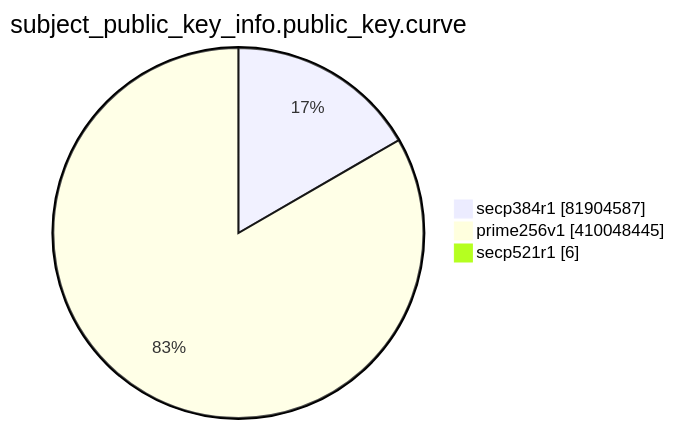
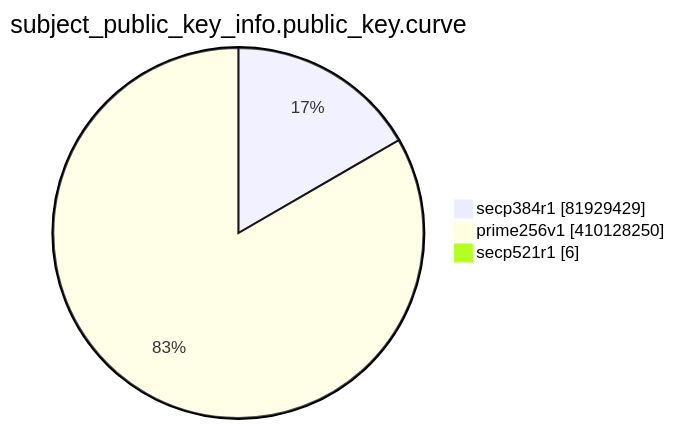
Before and after one commit to christiankrug/ctmonitor_visualization: the eighth of 15 diagrams in TOTAL/README.md, drawn with Mermaid. The commit also changed other lines of this file, not shown here.

````diff
--- a/TOTAL/README.md
+++ b/TOTAL/README.md
@@ -3096,7 +3096,7 @@
 ```mermaid
 pie showData
 title subject_public_key_info.public_key.curve
-"secp384r1" :81904587
-"prime256v1" :410048445
+"secp384r1" :81929429
+"prime256v1" :410128250
 "secp521r1" :6
 ```
````
